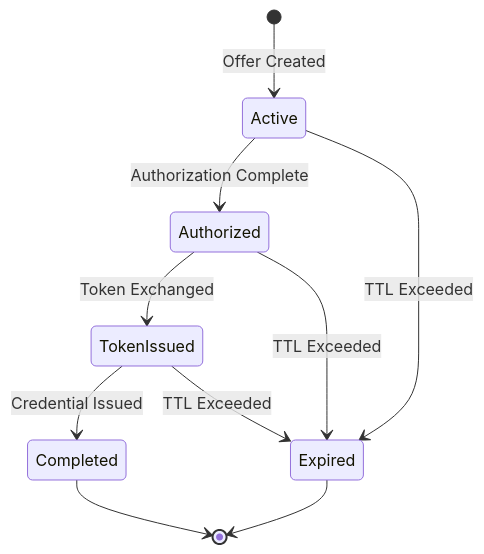
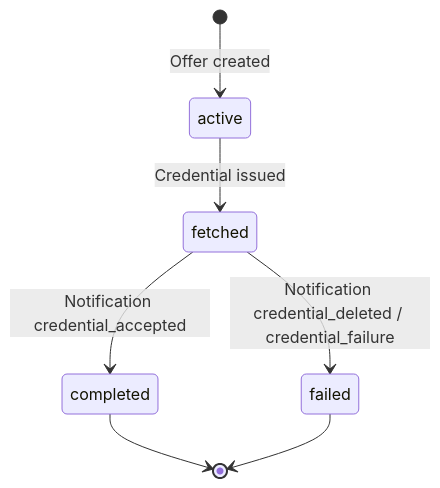
Before and after one commit to Cypher-CP0/eudiplo: the second of 2 diagrams in apps/docs/docs/architecture/issuance.md, drawn with Mermaid. The commit also changed other lines of this file and 1 other file, not shown here.

First line of the commit message:
docs(architecture): correct issuance and authorization pages (#1096)

````diff
--- a/apps/docs/docs/architecture/issuance.md
+++ b/apps/docs/docs/architecture/issuance.md
@@ -386,13 +405,9 @@
 ```mermaid
 stateDiagram-v2
-    [*] --> Active: Offer Created
-    Active --> Authorized: Authorization Complete
-    Authorized --> TokenIssued: Token Exchanged
-    TokenIssued --> Completed: Credential Issued
-    Completed --> [*]
-
-    Active --> Expired: TTL Exceeded
-    Authorized --> Expired: TTL Exceeded
-    TokenIssued --> Expired: TTL Exceeded
-    Expired --> [*]
+    [*] --> active: Offer created
+    active --> fetched: Credential issued
+    fetched --> completed: Notification credential_accepted
+    fetched --> failed: Notification credential_deleted / credential_failure
+    completed --> [*]
+    failed --> [*]
 ```
````
